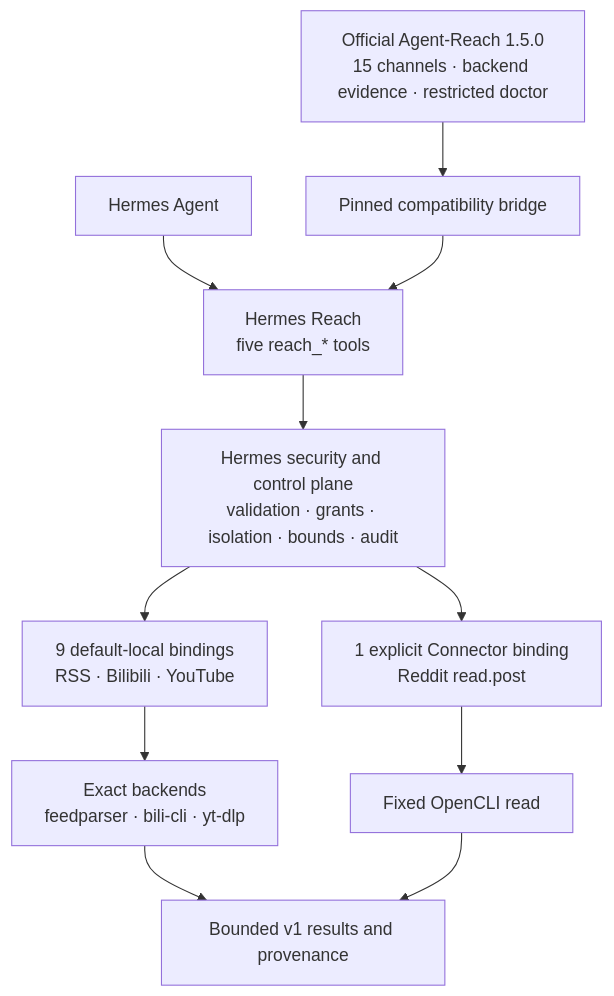
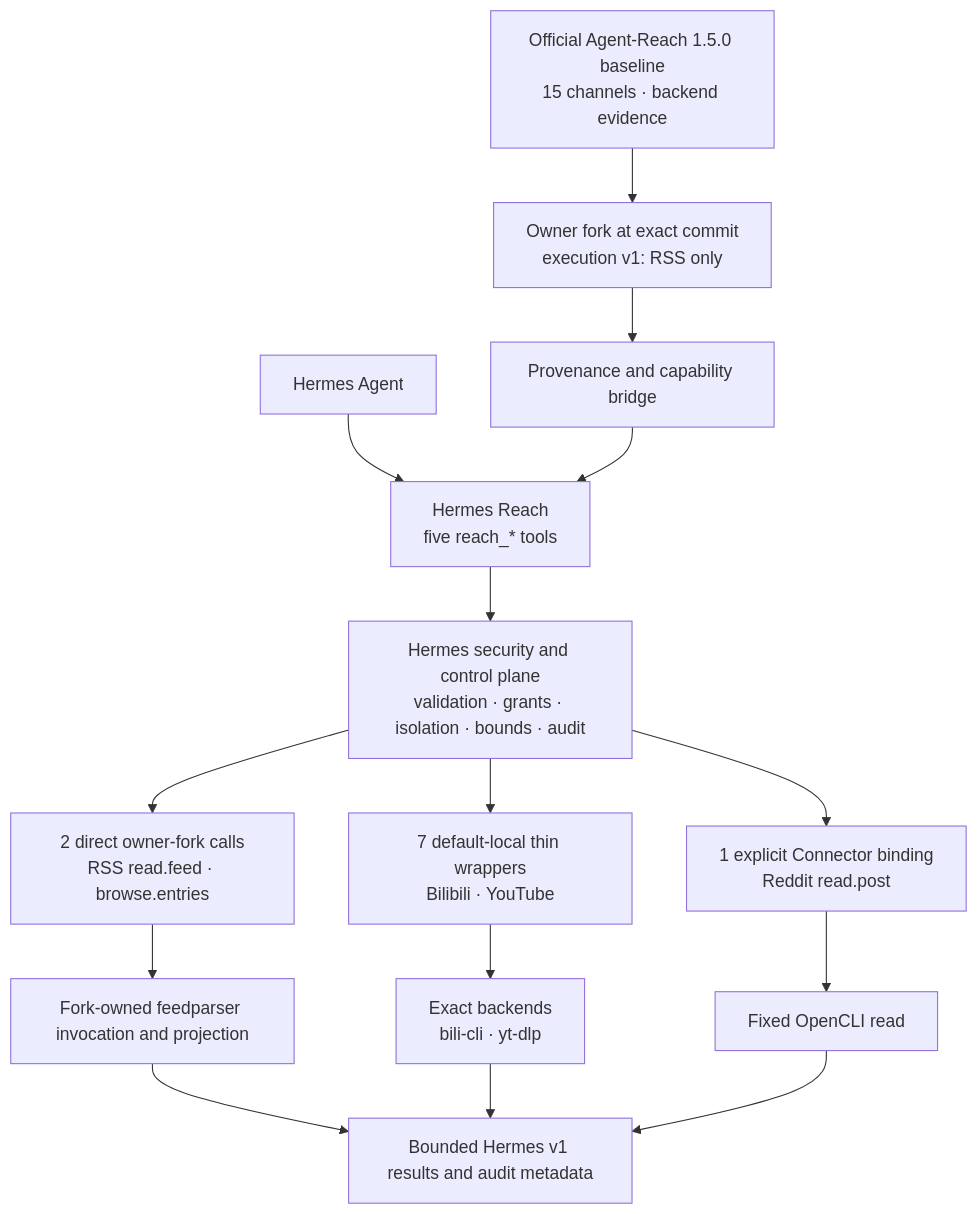
Before and after one commit to izumi0uu/hermes-reach: the first of 2 diagrams in README_EN.md, drawn with Mermaid. The commit also changed other lines of this file and 16 other files, not shown here.

Commit message:
docs(agent-reach): freeze owner-fork execution boundary

````diff
--- a/README_EN.md
+++ b/README_EN.md
@@ -273,13 +296,17 @@
 ```mermaid
 flowchart TD
     Hermes["Hermes Agent"] --> Plugin["Hermes Reach<br/>five reach_* tools"]
-    Upstream["Official Agent-Reach 1.5.0<br/>15 channels · backend evidence · restricted doctor"] --> Bridge["Pinned compatibility bridge"]
+    Upstream["Official Agent-Reach 1.5.0 baseline<br/>15 channels · backend evidence"] --> Fork["Owner fork at exact commit<br/>execution v1: RSS only"]
+    Fork --> Bridge["Provenance and capability bridge"]
     Bridge --> Plugin
     Plugin --> Guard["Hermes security and control plane<br/>validation · grants · isolation · bounds · audit"]
-    Guard --> Local["9 default-local bindings<br/>RSS · Bilibili · YouTube"]
+    Guard --> RSS["2 direct owner-fork calls<br/>RSS read.feed · browse.entries"]
+    Guard --> Local["7 default-local thin wrappers<br/>Bilibili · YouTube"]
     Guard --> Connector["1 explicit Connector binding<br/>Reddit read.post"]
-    Local --> Backends["Exact backends<br/>feedparser · bili-cli · yt-dlp"]
+    RSS --> Feedparser["Fork-owned feedparser invocation and projection"]
+    Local --> Backends["Exact backends<br/>bili-cli · yt-dlp"]
     Connector --> OpenCLI["Fixed OpenCLI read"]
-    Backends --> Results["Bounded v1 results and provenance"]
+    Feedparser --> Results["Bounded Hermes v1 results and audit metadata"]
+    Backends --> Results
     OpenCLI --> Results
 ```
````
